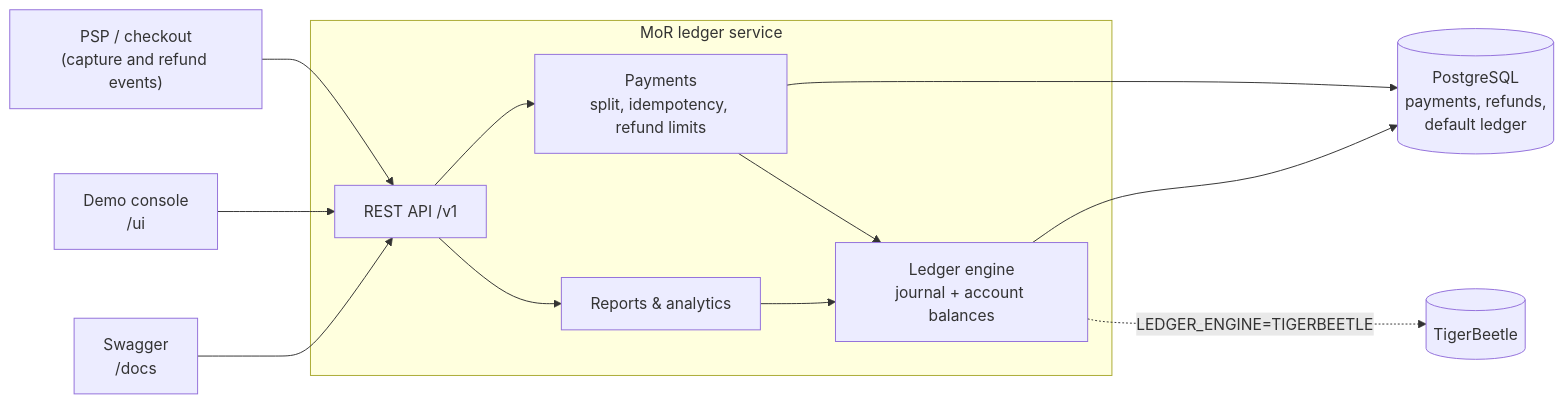
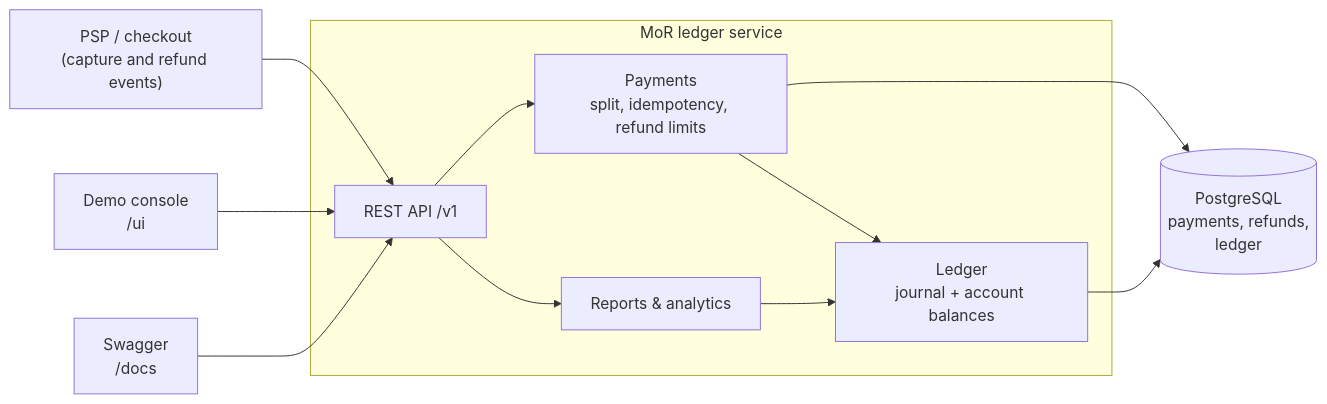
One commit to refined/outpost changed the diagram in README.md. Above: the diagram before and after it, drawn with Mermaid. The commit also changed other lines of this file and 28 other files, not shown here.

First line of the commit message:
Remove TigerBeetle, summed/snapshot balance modes and hot-account sharding

````diff
--- a/README.md
+++ b/README.md
@@ -29,15 +29,14 @@
 ```mermaid
 flowchart LR
     PSP["PSP / checkout<br/>(capture and refund events)"] --> API
     UI["Demo console<br/>/ui"] --> API
     SW["Swagger<br/>/docs"] --> API
     subgraph service["MoR ledger service"]
         API["REST API /v1"] --> PAY["Payments<br/>split, idempotency, refund limits"]
         API --> REP["Reports & analytics"]
-        PAY --> LED["Ledger engine<br/>journal + account balances"]
+        PAY --> LED["Ledger<br/>journal + account balances"]
         REP --> LED
     end
-    PAY --> DB[("PostgreSQL<br/>payments, refunds,<br/>default ledger")]
+    PAY --> DB[("PostgreSQL<br/>payments, refunds,<br/>ledger")]
     LED --> DB
-    LED -. "LEDGER_ENGINE=TIGERBEETLE" .-> TB[("TigerBeetle")]
 ```
````
